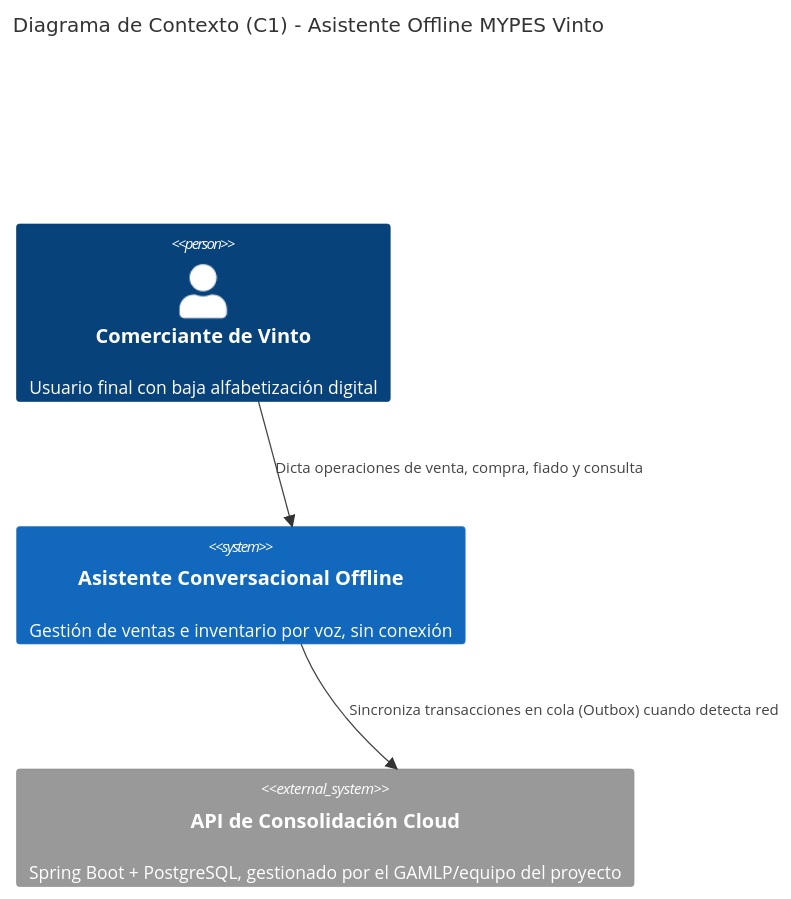
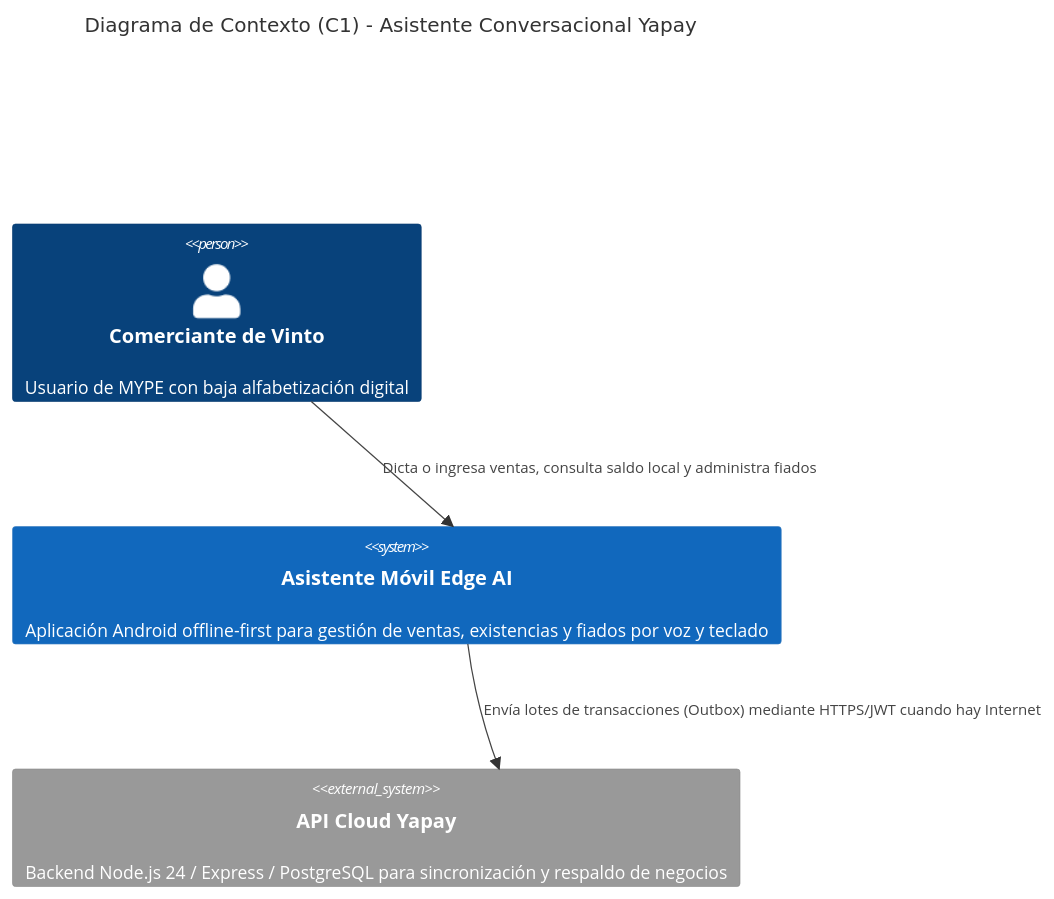
The first of 2 diagrams in docs/03_SAD_Arquitectura.md (bibi567-ch/asistente-ia-mypes-vinto), drawn with Mermaid before and after one commit. The commit also changed other lines of this file, not shown here.

````diff
--- a/docs/03_SAD_Arquitectura.md
+++ b/docs/03_SAD_Arquitectura.md
@@ -182,11 +123,11 @@
 ```mermaid
 C4Context
-title Diagrama de Contexto (C1) - Asistente Offline MYPES Vinto
+title Diagrama de Contexto (C1) - Asistente Conversacional Yapay
 
-Person(comerciante, "Comerciante de Vinto", "Usuario final con baja alfabetización digital")
-System(app, "Asistente Conversacional Offline", "Gestión de ventas e inventario por voz, sin conexión")
-System_Ext(backend, "API de Consolidación Cloud", "Spring Boot + PostgreSQL, gestionado por el GAMLP/equipo del proyecto")
+Person(comerciante, "Comerciante de Vinto", "Usuario de MYPE con baja alfabetización digital")
+System(app_mobile, "Asistente Móvil Edge AI", "Aplicación Android offline-first para gestión de ventas, existencias y fiados por voz y teclado")
+System_Ext(backend_cloud, "API Cloud Yapay", "Backend Node.js 24 / Express / PostgreSQL para sincronización y respaldo de negocios")
 
-Rel(comerciante, app, "Dicta operaciones de venta, compra, fiado y consulta")
-Rel(app, backend, "Sincroniza transacciones en cola (Outbox) cuando detecta red")
+Rel(comerciante, app_mobile, "Dicta o ingresa ventas, consulta saldo local y administra fiados")
+Rel(app_mobile, backend_cloud, "Envía lotes de transacciones (Outbox) mediante HTTPS/JWT cuando hay Internet")
 ```
````
